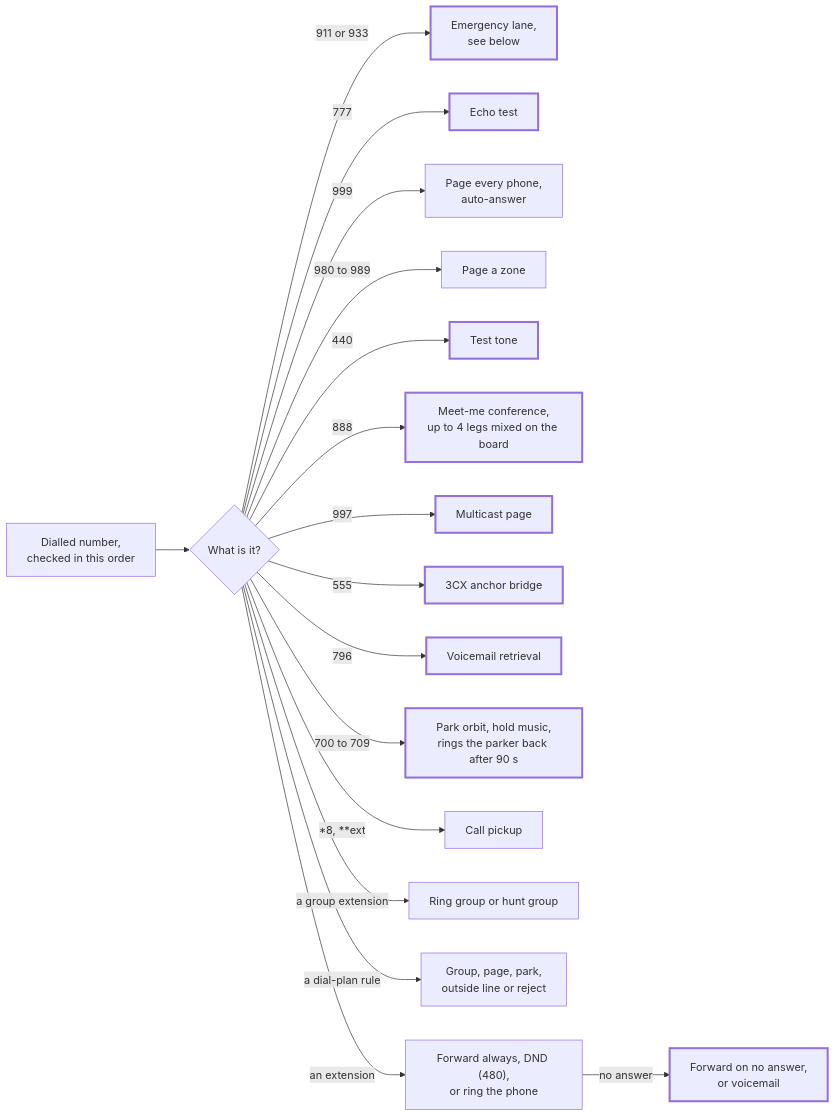
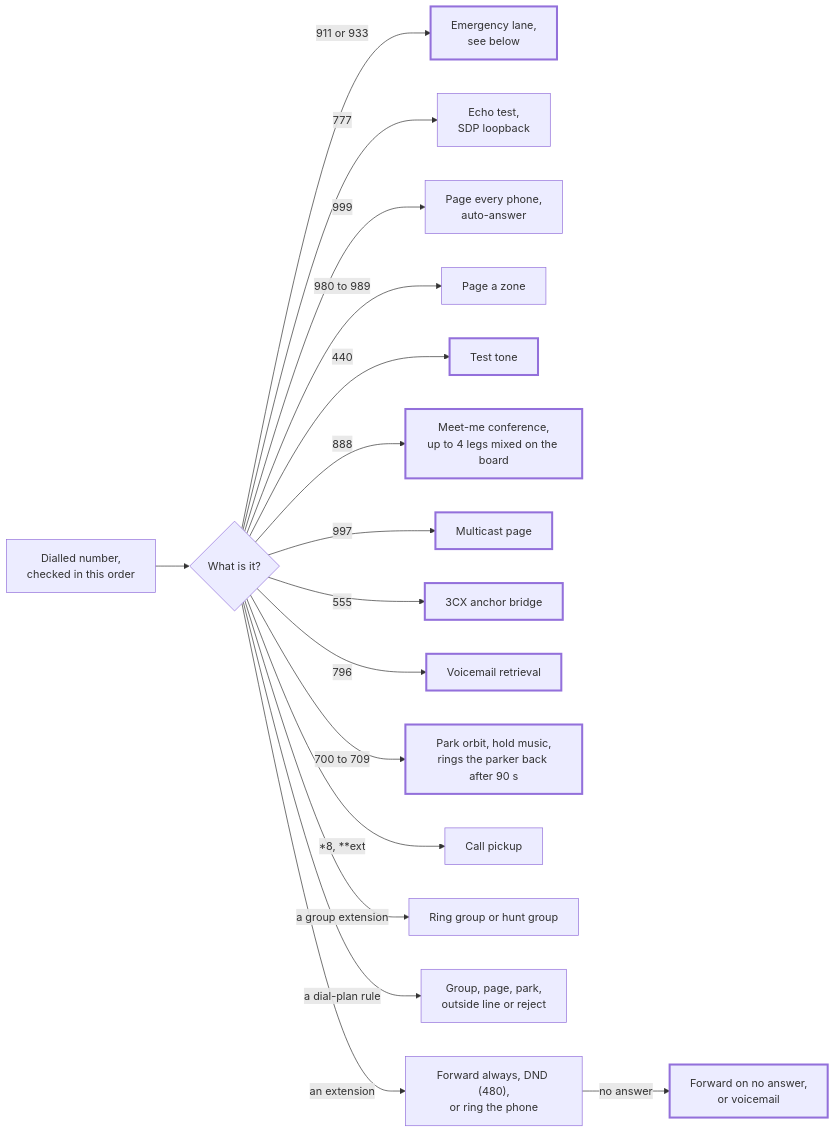
The fourth of 7 diagrams in README.md (GlomarGadaffi/pocket-dial), drawn with Mermaid before and after one commit. The commit also changed other lines of this file and 5 other files, not shown here.

````diff
--- a/README.md
+++ b/README.md
@@ -88,22 +88,22 @@
 ```mermaid
 flowchart LR
     D["Dialled number,<br/>checked in this order"] --> X{"What is it?"}
     X -- "911 or 933" --> SOS["Emergency lane,<br/>see below"]
-    X -- "777" --> E["Echo test"]
+    X -- "777" --> E["Echo test,<br/>SDP loopback"]
     X -- "999" --> G["Page every phone,<br/>auto-answer"]
     X -- "980 to 989" --> Z["Page a zone"]
     X -- "440" --> T["Test tone"]
     X -- "888" --> C["Meet-me conference,<br/>up to 4 legs mixed on the board"]
     X -- "997" --> MP["Multicast page"]
     X -- "555" --> M["3CX anchor bridge"]
     X -- "796" --> VR["Voicemail retrieval"]
     X -- "700 to 709" --> K["Park orbit, hold music,<br/>rings the parker back after 90 s"]
     X -- "*8, **ext" --> PU["Call pickup"]
     X -- "a group extension" --> RG["Ring group or hunt group"]
     X -- "a dial-plan rule" --> O["Group, page, park,<br/>outside line or reject"]
     X -- "an extension" --> R["Forward always, DND (480),<br/>or ring the phone"]
     R -- "no answer" --> VM["Forward on no answer,<br/>or voicemail"]
 
     classDef media stroke-width:3px;
-    class SOS,E,T,C,MP,M,VR,K,VM media;
+    class SOS,T,C,MP,M,VR,K,VM media;
 ```
````
